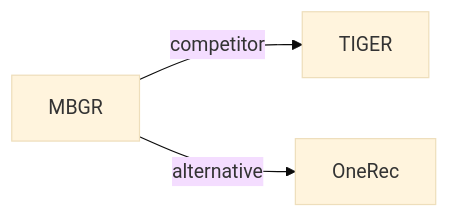
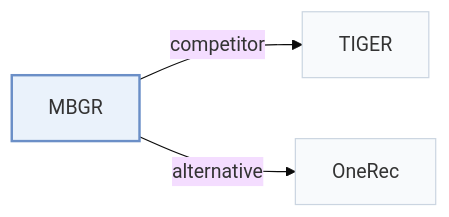
The second of 2 diagrams in pages/papers/mbgr.md (Galaxy-ghost/Awesome-SID-Generative-Rec), drawn with Mermaid (base theme) before and after one commit. The commit also changed other lines of this file and 649 other files, not shown here.

Commit message:
writer-05: also tags and modality index (schema, check, build, visuals); summary field removed; calibration data for 12 papers

````diff
--- a/pages/papers/mbgr.md
+++ b/pages/papers/mbgr.md
@@ -68,6 +74,10 @@
 ```mermaid
 flowchart LR
     P["MBGR"]
-    P -->|competitor| A["TIGER"]
-    P -->|alternative| B["OneRec"]
+    P -->|"competitor"| A["TIGER"]
+    P -->|"alternative"| B["OneRec"]
+    classDef main fill:#eaf2fb,stroke:#6b8fc7,stroke-width:2px
+    classDef peer fill:#f8fafc,stroke:#cbd5e1
+    class P main
+    class A,B peer
 ```
````
